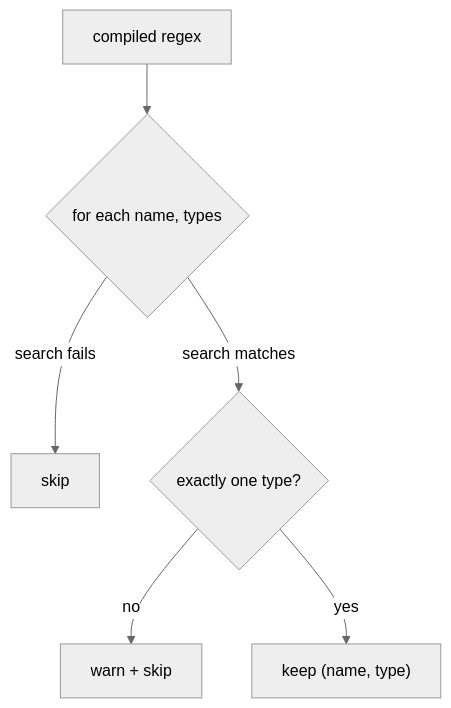
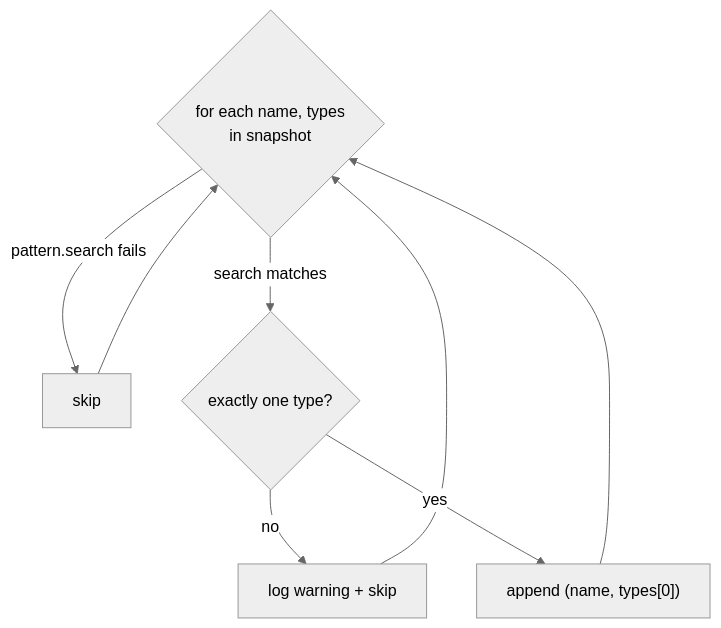
The second of 2 diagrams in 01-literate/05-topic_match.md (Boston-Robot-Hackers/metawtf), drawn with Mermaid (neutral theme) before and after one commit. The commit also changed other lines of this file and 65 other files, not shown here.

````diff
--- a/01-literate/05-topic_match.md
+++ b/01-literate/05-topic_match.md
@@ -45,8 +93,10 @@
 ```mermaid
 flowchart TD
-    P[compiled regex] --> L{for each name, types}
-    L -->|search fails| Skip1[skip]
+    L{for each name, types<br/>in snapshot} -->|pattern.search fails| Skip1[skip]
     L -->|search matches| M{exactly one type?}
-    M -->|no| W[warn + skip]
-    M -->|yes| K["keep (name, type)"]
+    M -->|no| W[log warning + skip]
+    M -->|yes| K["append (name, types[0])"]
+    K --> L
+    W --> L
+    Skip1 --> L
 ```
````
